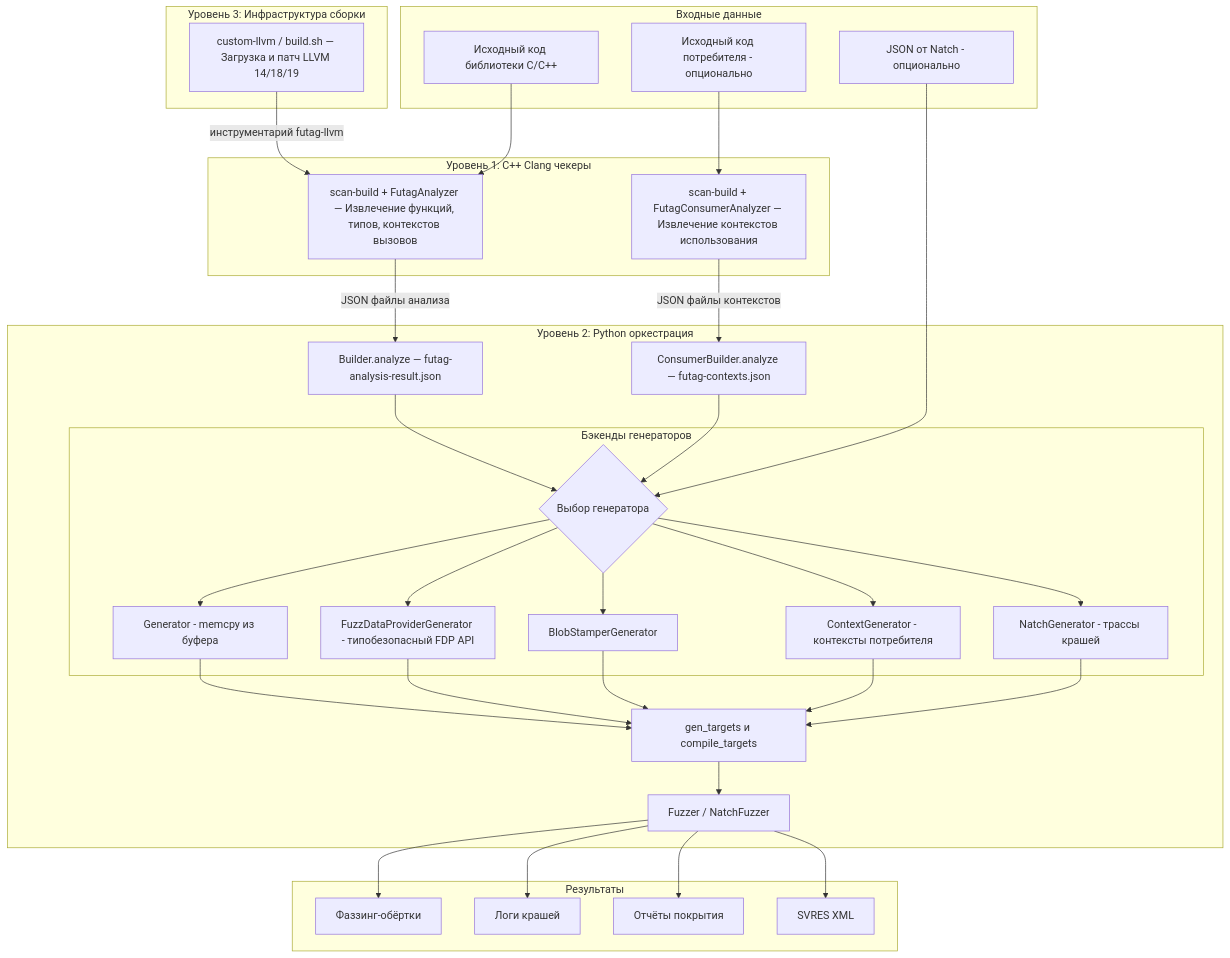
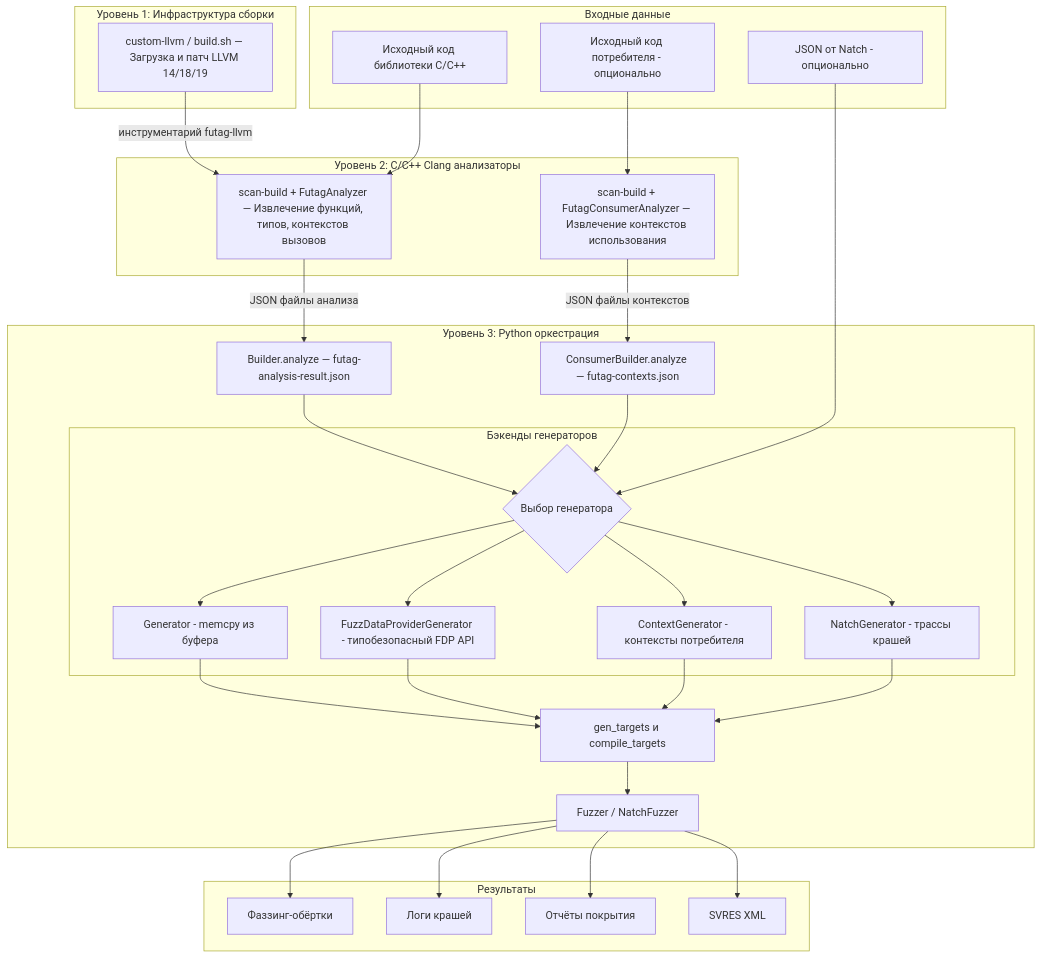
Before and after one commit to ispras/Futag: the diagram in README.md, drawn with Mermaid. The commit also changed 1 other file, not shown here.

Commit message:
docs: update layer numbering in build infrastructure and orchestration sections of README

````diff
--- a/README.md
+++ b/README.md
@@ -37,54 +37,53 @@
 ```mermaid
 graph TD
     subgraph "Входные данные"
         A["Исходный код библиотеки C/C++"]
         B["Исходный код потребителя - опционально"]
         C["JSON от Natch - опционально"]
     end
 
-    subgraph "Уровень 3: Инфраструктура сборки"
+    subgraph "Уровень 1: Инфраструктура сборки"
         D["custom-llvm / build.sh — Загрузка и патч LLVM 14/18/19"]
     end
 
     D -->|"инструментарий futag-llvm"| E
 
-    subgraph "Уровень 1: C++ Clang чекеры"
+    subgraph "Уровень 2: С/C++ Clang анализаторы"
         E["scan-build + FutagAnalyzer — Извлечение функций, типов, контекстов вызовов"]
         F["scan-build + FutagConsumerAnalyzer — Извлечение контекстов использования"]
     end
 
     A --> E
     B --> F
     E -->|"JSON файлы анализа"| G
     F -->|"JSON файлы контекстов"| H
 
-    subgraph "Уровень 2: Python оркестрация"
+    subgraph "Уровень 3: Python оркестрация"
         G["Builder.analyze — futag-analysis-result.json"]
         H["ConsumerBuilder.analyze — futag-contexts.json"]
 
         G --> I
         H --> I
         C --> I
 
         subgraph "Бэкенды генераторов"
             I{"Выбор генератора"}
             I --> J1["Generator - memcpy из буфера"]
             I --> J2["FuzzDataProviderGenerator - типобезопасный FDP API"]
-            I --> J3["BlobStamperGenerator"]
-            I --> J4["ContextGenerator - контексты потребителя"]
-            I --> J5["NatchGenerator - трассы крашей"]
+            I --> J3["ContextGenerator - контексты потребителя"]
+            I --> J4["NatchGenerator - трассы крашей"]
         end
 
-        J1 & J2 & J3 & J4 & J5 --> K["gen_targets и compile_targets"]
+        J1 & J2 & J3 & J4 --> K["gen_targets и compile_targets"]
         K --> L["Fuzzer / NatchFuzzer"]
     end
 
     subgraph "Результаты"
         M["Фаззинг-обёртки"]
         N["Логи крашей"]
         O["Отчёты покрытия"]
         P["SVRES XML"]
     end
 
     L --> M & N & O & P
 ```
````
